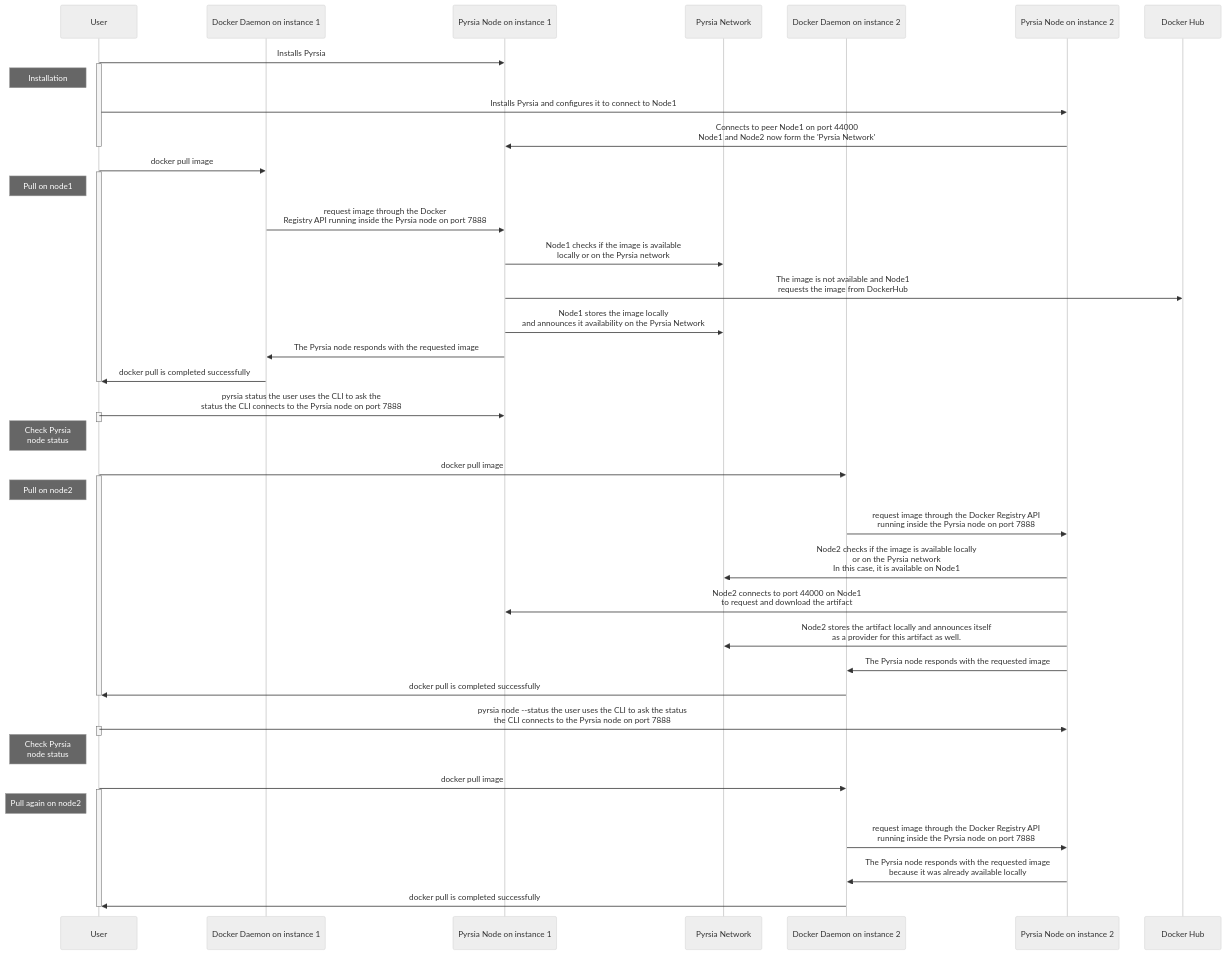
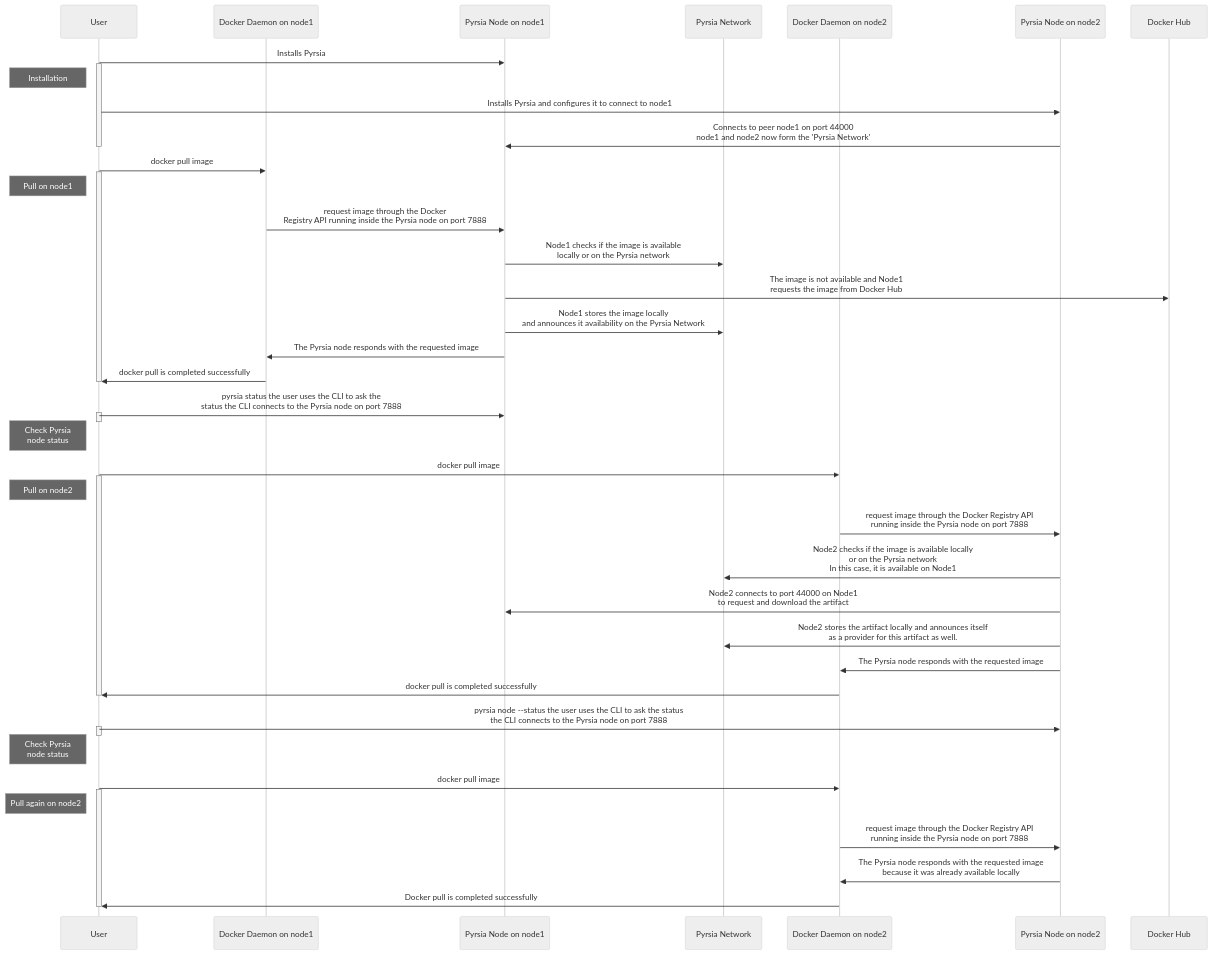
One commit to pyrsia/pyrsia changed the second of 2 diagrams in docs/tutorials/demo.md. Above: the diagram before and after it, drawn with Mermaid (neutral theme). The commit also changed other lines of this file and 10 other files, not shown here.

````diff
--- a/docs/tutorials/demo.md
+++ b/docs/tutorials/demo.md
@@ -54,63 +61,63 @@
 ```mermaid
 sequenceDiagram
 participant User as User
-participant Docker1 as Docker Daemon on instance 1
-participant Node1 as Pyrsia Node on instance 1
+participant Docker1 as Docker Daemon on node1
+participant Node1 as Pyrsia Node on node1
 participant PNW as Pyrsia Network
-participant Docker2 as Docker Daemon on instance 2
-participant Node2 as Pyrsia Node on instance 2
+participant Docker2 as Docker Daemon on node2
+participant Node2 as Pyrsia Node on node2
 participant DockerHub as Docker Hub
 
 User ->> Node1: Installs Pyrsia
 activate User
 note left of User: Installation
-User ->> Node2: Installs Pyrsia and configures it to connect to Node1
+User ->> Node2: Installs Pyrsia and configures it to connect to node1
 
-Node2 ->> Node1: Connects to peer Node1 on port 44000<br>Node1 and Node2 now form the 'Pyrsia Network'
+Node2 ->> Node1: Connects to peer node1 on port 44000<br>node1 and node2 now form the 'Pyrsia Network'
 
 deactivate User
 
 
 User ->> Docker1: docker pull image
 activate User
 note left of User: Pull on node1
 Docker1 ->> Node1: request image through the Docker<br>Registry API running inside the Pyrsia node on port 7888
 Node1 ->> PNW: Node1 checks if the image is available<br>locally or on the Pyrsia network
-Node1 ->> DockerHub: The image is not available and Node1<br>requests the image from DockerHub
+Node1 ->> DockerHub: The image is not available and Node1<br>requests the image from Docker Hub
 Node1 ->> PNW: Node1 stores the image locally<br>and announces it availability on the Pyrsia Network
 Node1 ->> Docker1: The Pyrsia node responds with the requested image
 Docker1 ->> User: docker pull is completed successfully
 deactivate User
 
 User ->> Node1: pyrsia status the user uses the CLI to ask the<br>status the CLI connects to the Pyrsia node on port 7888
 activate User
 deactivate User
 note left of User: Check Pyrsia<br>node status
 
 User ->> Docker2: docker pull image
 activate User
 note left of User: Pull on node2
 Docker2 ->> Node2: request image through the Docker Registry API<br>running inside the Pyrsia node on port 7888
 
 Node2 ->> PNW: Node2 checks if the image is available locally<br>or on the Pyrsia network<br>In this case, it is available on Node1
 
 Node2 ->> Node1: Node2 connects to port 44000 on Node1<br>to request and download the artifact
 Node2 ->> PNW: Node2 stores the artifact locally and announces itself<br>as a provider for this artifact as well.
 Node2 ->> Docker2: The Pyrsia node responds with the requested image
 Docker2 ->> User: docker pull is completed successfully
 deactivate User
 
 User ->> Node2: pyrsia node --status the user uses the CLI to ask the status<br>the CLI connects to the Pyrsia node on port 7888
 activate User
 deactivate User
 note left of User: Check Pyrsia<br>node status
 
 
 User ->> Docker2: docker pull image
 activate User
 note left of User: Pull again on node2
 Docker2 ->> Node2: request image through the Docker Registry API<br>running inside the Pyrsia node on port 7888
 Node2 ->> Docker2: The Pyrsia node responds with the requested image<br>because it was already available locally
-Docker2 ->> User: docker pull is completed successfully
+Docker2 ->> User: Docker pull is completed successfully
 deactivate User
 ```
````
